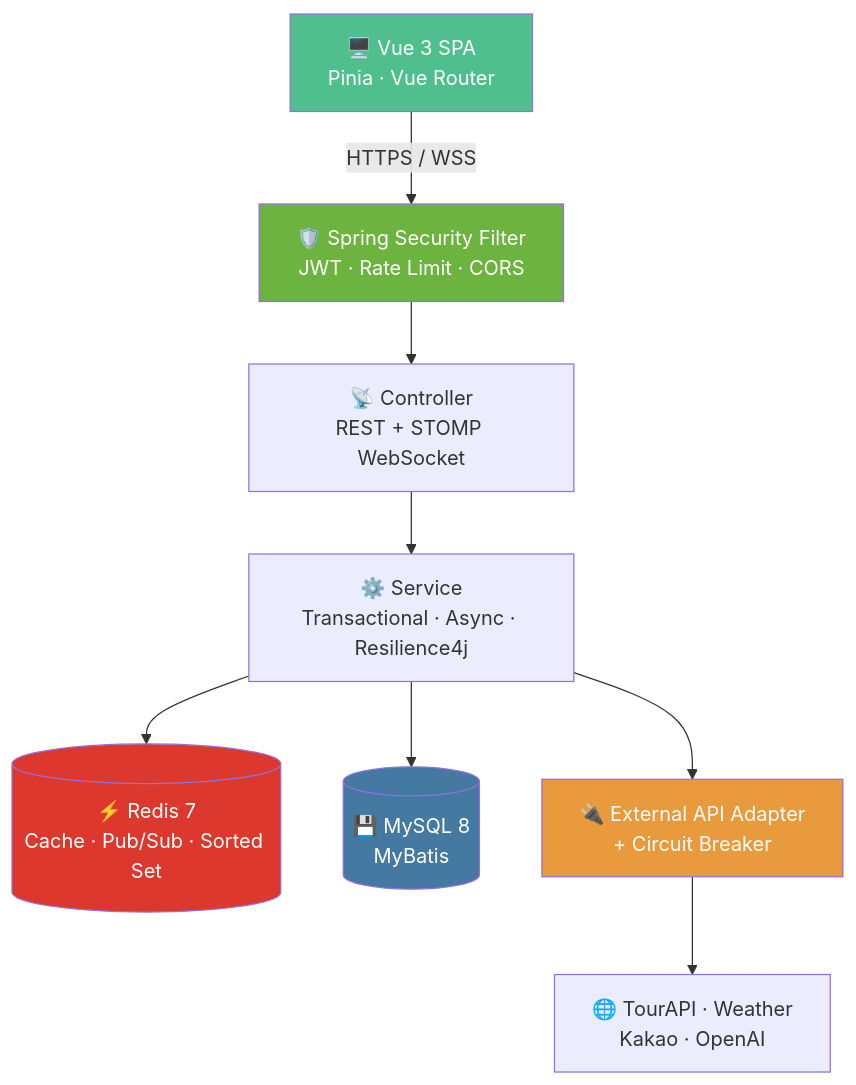
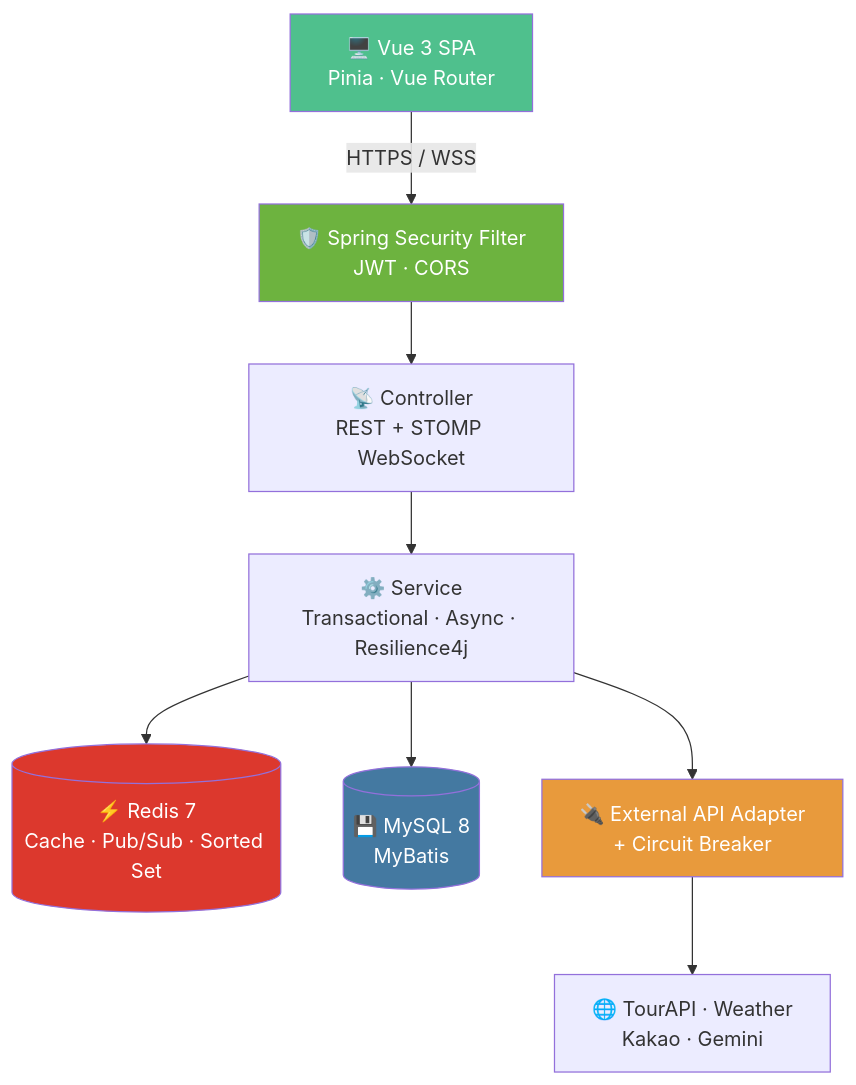
The first of 3 diagrams in README.md (tripcrew/tripcrew), drawn with Mermaid before and after one commit. The commit also changed other lines of this file and 2 other files, not shown here.

Commit message:
docs: align chatbot documentation with Gemini

````diff
--- a/README.md
+++ b/README.md
@@ -111,29 +110,29 @@
 ```mermaid
 flowchart TB
     Vue["🖥️ Vue 3 SPA<br/>Pinia · Vue Router"]
 
-    Filter["🛡️ Spring Security Filter<br/>JWT · Rate Limit · CORS"]
+    Filter["🛡️ Spring Security Filter<br/>JWT · CORS"]
 
     Controller["📡 Controller<br/>REST + STOMP WebSocket"]
     Service["⚙️ Service<br/>Transactional · Async · Resilience4j"]
 
     Redis[("⚡ Redis 7<br/>Cache · Pub/Sub · Sorted Set")]
     MySQL[("💾 MySQL 8<br/>MyBatis")]
     Adapter["🔌 External API Adapter<br/>+ Circuit Breaker"]
 
-    Ext["🌐 TourAPI · Weather<br/>Kakao · OpenAI"]
+    Ext["🌐 TourAPI · Weather<br/>Kakao · Gemini"]
 
     Vue -->|HTTPS / WSS| Filter
     Filter --> Controller
     Controller --> Service
     Service --> Redis
     Service --> MySQL
     Service --> Adapter
     Adapter --> Ext
 
     style Vue fill:#4FC08D,color:#fff
     style Redis fill:#DC382D,color:#fff
     style MySQL fill:#4479A1,color:#fff
     style Adapter fill:#E89A3C,color:#fff
     style Filter fill:#6DB33F,color:#fff
 ```
````
